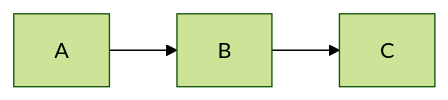
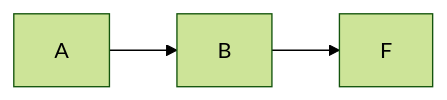
One commit to SciStag/SciStag changed the diagram in scistag/examples/vislog/c05_mermaid/simple_graph.md. Above: the diagram before and after it, drawn with Mermaid (forest theme). The commit also changed other lines of this file and 14 other files, not shown here.

Commit message:
* VisualLog: Added the **chart** extension to LogBuilder which allows the easy integration of mermaid charts into a log. * Finalized auto-reloading of embedded files

````diff
--- a/scistag/examples/vislog/c05_mermaid/simple_graph.md
+++ b/scistag/examples/vislog/c05_mermaid/simple_graph.md
@@ -5,5 +3,5 @@
 ``` mermaid
 graph LR;
     A-->B;
-    B-->C;
-```        
+    B-->F;
+```
````
